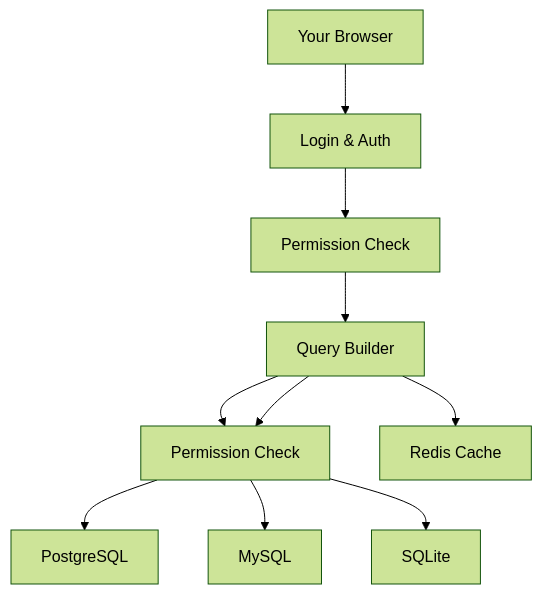
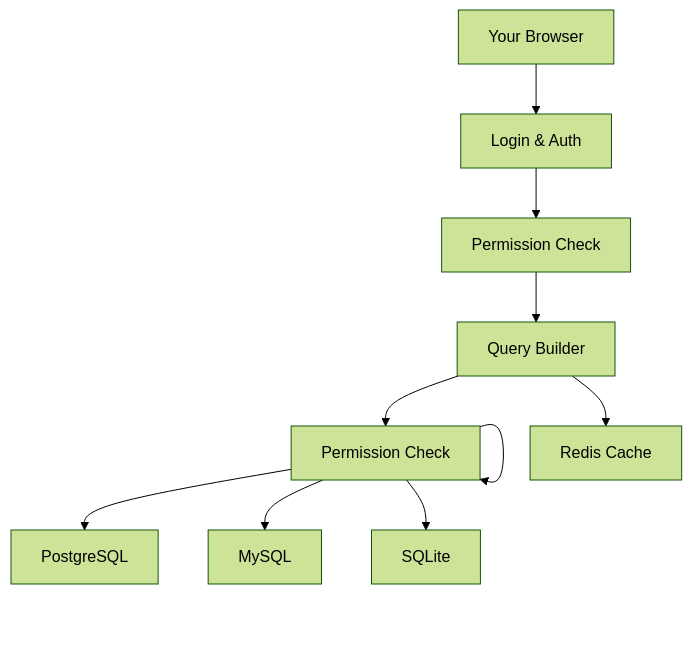
One commit to Ayanleaideed/Natural-Language-to-SQL changed the diagram in README.md. Above: the diagram before and after it, drawn with Mermaid (forest theme).

````diff
--- a/README.md
+++ b/README.md
@@ -45,12 +45,12 @@
 ```mermaid
 graph TD
     A[Your Browser] --> B[Login & Auth]
     B --> C[Permission Check]
     C --> D[Query Builder]
     D --> E[Database Connector]
-    D --> E[Permission Check]
+    --> E[Permission Check]
     E --> F1[PostgreSQL]
     E --> F2[MySQL]
     E --> F3[SQLite]
     D --> G[Redis Cache]
 ```
````
